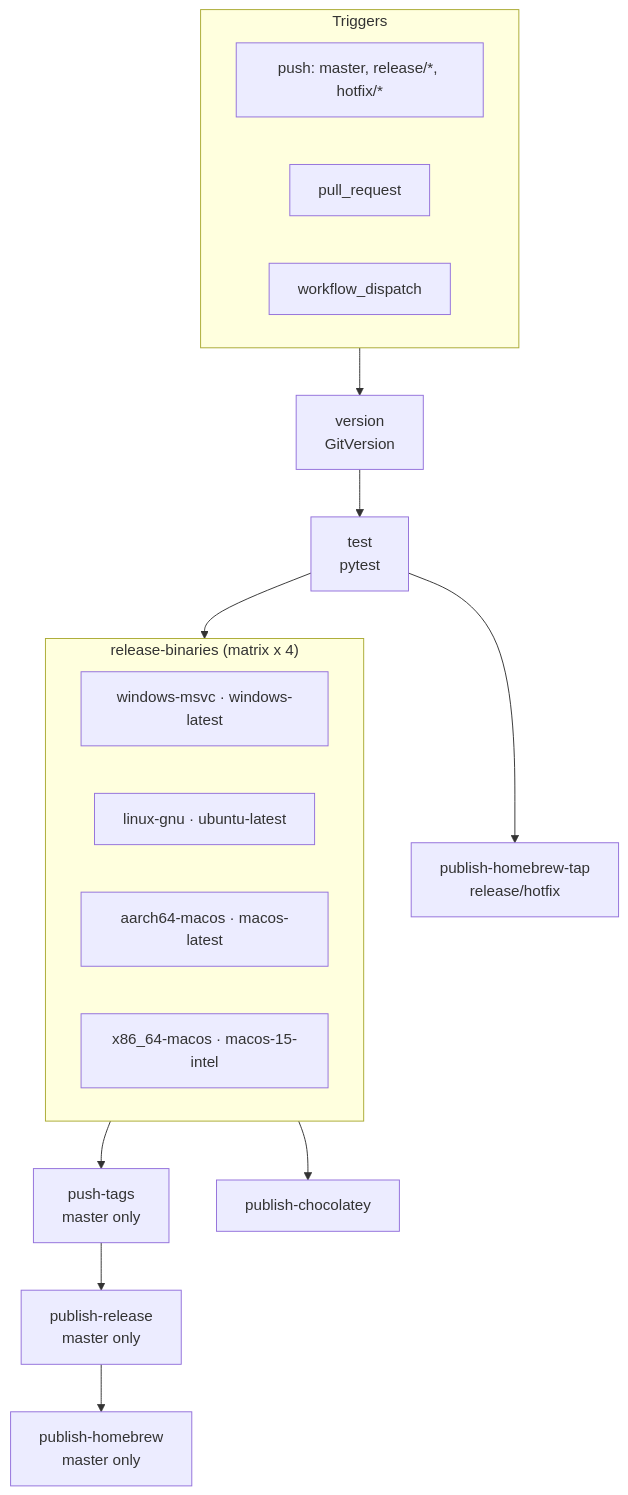
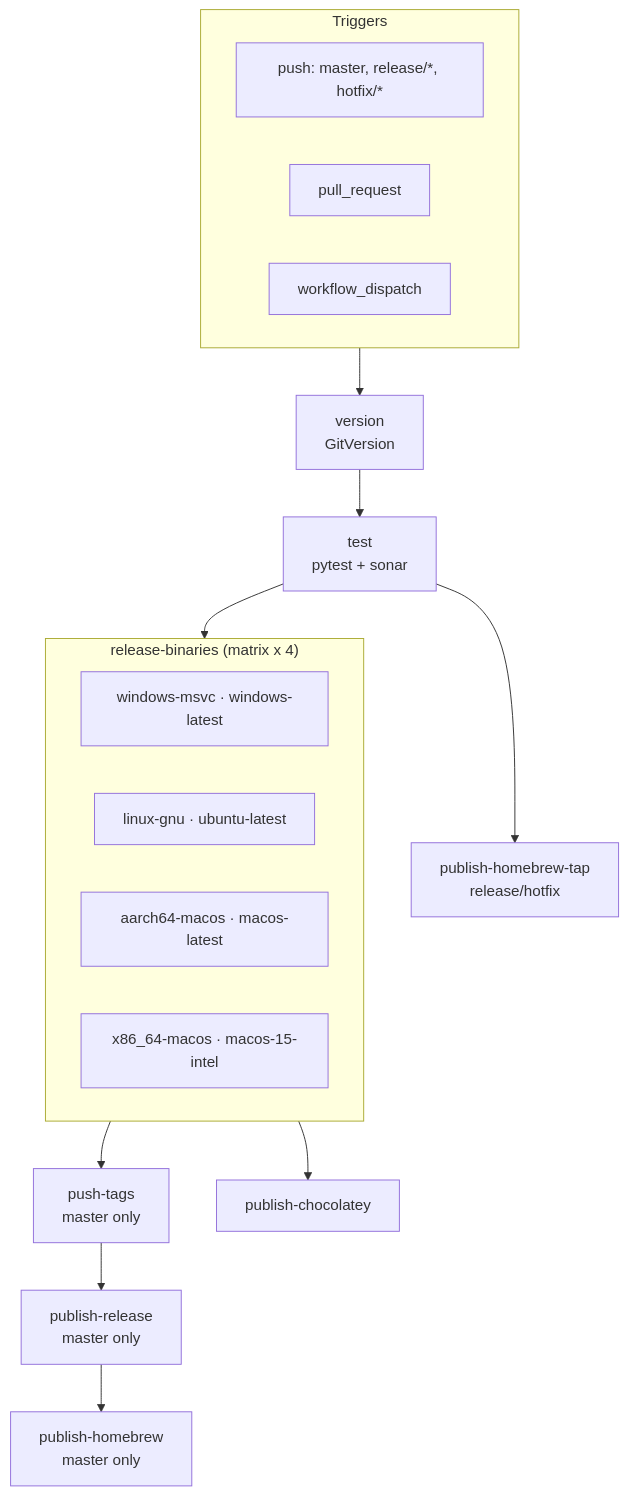
The diagram in docs/ci-cd.md (denis-peshkov/duplicate-finder), drawn with Mermaid before and after one commit. The commit also changed other lines of this file and 5 other files, not shown here.

Commit message:
split `test` action into `test` (pytest + coverage) and `sonar` (SonarCloud scan); update CI workflow, documentation, and composite actions accordingly

````diff
--- a/docs/ci-cd.md
+++ b/docs/ci-cd.md
@@ -11,33 +11,33 @@
 ```mermaid
 flowchart TD
   subgraph triggers["Triggers"]
     T1["push: master, release/*, hotfix/*"]
     T2["pull_request"]
     T3["workflow_dispatch"]
   end
 
   V["version<br/>GitVersion"]
-  TEST["test<br/>pytest"]
+  TEST["test<br/>pytest + sonar"]
 
   subgraph matrix["release-binaries (matrix x 4)"]
     M1["windows-msvc · windows-latest"]
     M2["linux-gnu · ubuntu-latest"]
     M3["aarch64-macos · macos-latest"]
     M4["x86_64-macos · macos-15-intel"]
   end
 
   PT["push-tags<br/>master only"]
   CHR["publish-chocolatey"]
   HBT["publish-homebrew-tap<br/>release/hotfix"]
   REL["publish-release<br/>master only"]
   HB["publish-homebrew<br/>master only"]
 
   triggers --> V
   V --> TEST
   TEST --> matrix
   matrix --> PT
   matrix --> CHR
   TEST --> HBT
   PT --> REL
   REL --> HB
 ```
````
